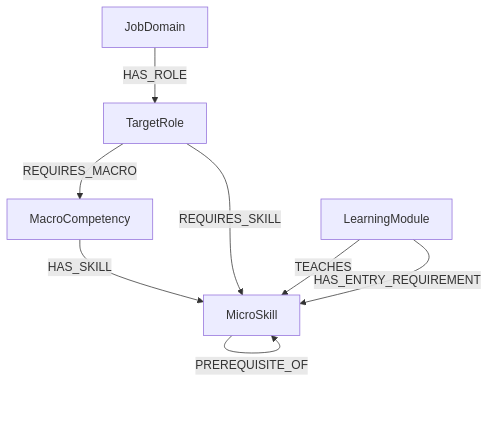
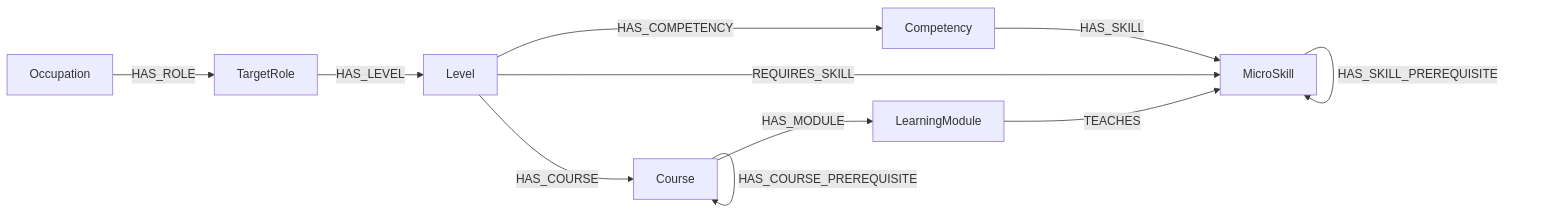
The diagram in documents/neo4j_schema.md (SEP490-Fall-2026-GFA26SE64/SEP490), drawn with Mermaid before and after one commit. The commit also changed other lines of this file and 1 other file, not shown here.

Commit message:
fix neo4j_schema

````diff
--- a/documents/neo4j_schema.md
+++ b/documents/neo4j_schema.md
@@ -166,10 +13,13 @@
 ```mermaid
-flowchart TD
-    D[JobDomain] -->|HAS_ROLE| R[TargetRole]
-    R -->|REQUIRES_MACRO| C[MacroCompetency]
-    C -->|HAS_SKILL| S[MicroSkill]
-    R -->|REQUIRES_SKILL| S
-    S -->|PREREQUISITE_OF| S
-    M[LearningModule] -->|TEACHES| S
-    M -->|HAS_ENTRY_REQUIREMENT| S
+flowchart LR
+ O[Occupation] -->|HAS_ROLE| R[TargetRole]
+ R -->|HAS_LEVEL| L[Level]
+ L -->|HAS_COMPETENCY| C[Competency]
+ C -->|HAS_SKILL| S[MicroSkill]
+ L -->|REQUIRES_SKILL| S
+ L -->|HAS_COURSE| K[Course]
+ K -->|HAS_MODULE| M[LearningModule]
+ M -->|TEACHES| S
+ K -->|HAS_COURSE_PREREQUISITE| K
+ S -->|HAS_SKILL_PREREQUISITE| S
 ```
````
